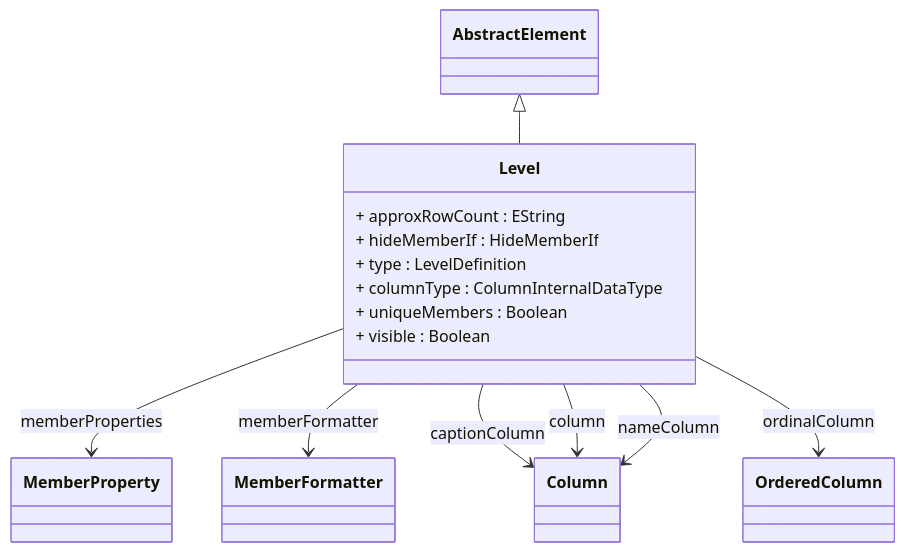
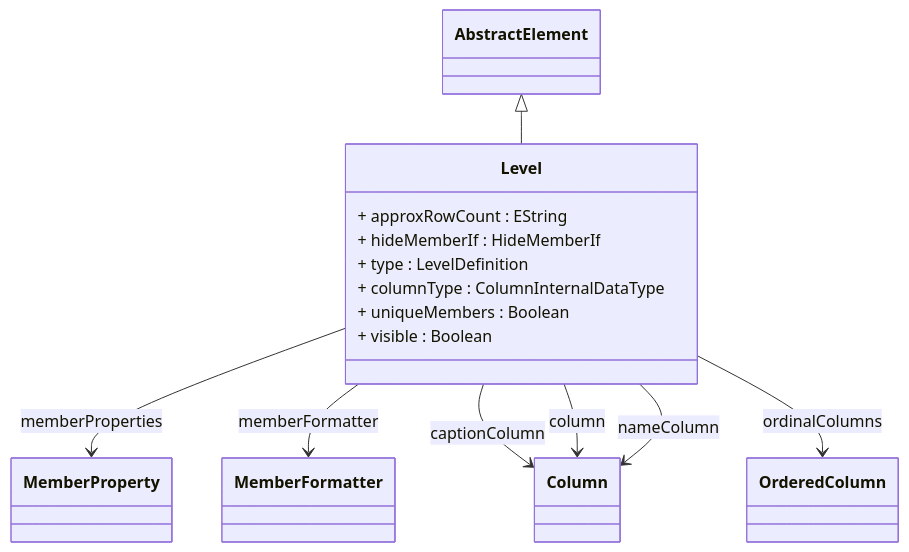
The diagram in docs/cubeserver/model/class-Level.md (eclipse-daanse/eclipse-daanse.github.io), drawn with Mermaid before and after one commit. The commit also changed other lines of this file and 94 other files, not shown here.

````diff
--- a/docs/cubeserver/model/class-Level.md
+++ b/docs/cubeserver/model/class-Level.md
@@ -183,20 +183,20 @@
 ```mermaid
 classDiagram
   class Level {
     + approxRowCount : EString
     + hideMemberIf : HideMemberIf
     + type : LevelDefinition
     + columnType : ColumnInternalDataType
     + uniqueMembers : Boolean
     + visible : Boolean
   }
 
   AbstractElement <|-- Level
   Level --> MemberProperty : memberProperties
   Level --> MemberFormatter : memberFormatter
   Level --> Column : captionColumn
   Level --> Column : column
   Level --> Column : nameColumn
-  Level --> OrderedColumn : ordinalColumn
+  Level --> OrderedColumn : ordinalColumns
 
 ```
````
